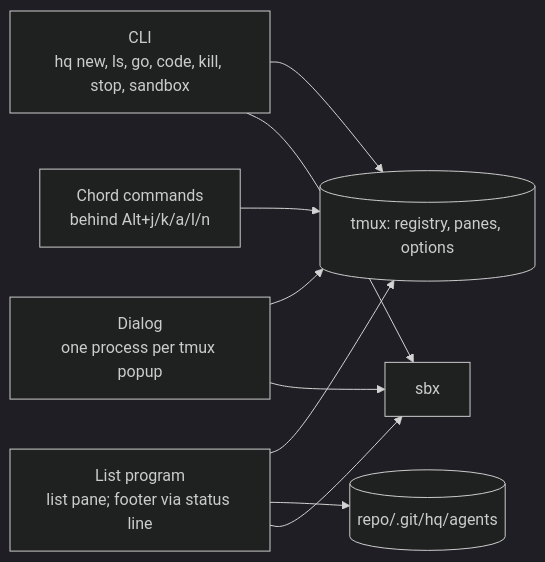
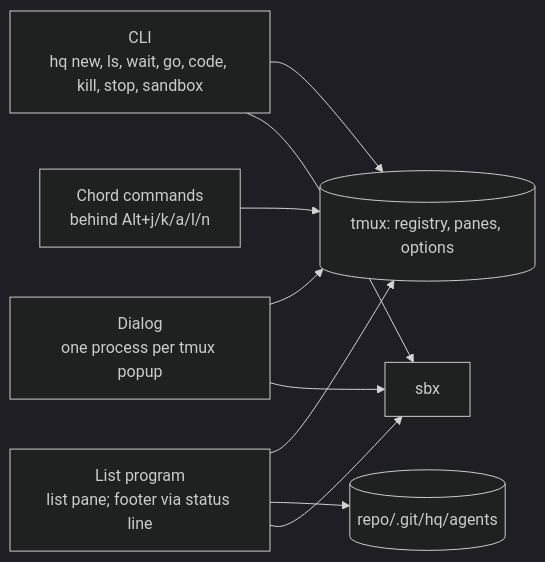
One commit to rkrysinski/hq changed the third of 4 diagrams in docs/design/hq.md. Above: the diagram before and after it, drawn with Mermaid (dark theme). The commit also changed other lines of this file and 10 other files, not shown here.

````diff
--- a/docs/design/hq.md
+++ b/docs/design/hq.md
@@ -148,14 +149,14 @@
 ```mermaid
 flowchart LR
-    CLI["CLI<br/>hq new, ls, go, code, kill, stop, sandbox"]
+    CLI["CLI<br/>hq new, ls, wait, go, code, kill, stop, sandbox"]
     LIST["List program<br/>list pane; footer via status line"]
     DLG["Dialog<br/>one process per tmux popup"]
     CH["Chord commands<br/>behind Alt+j/k/a/l/n"]
     TM[("tmux: registry, panes, options")]
     ST[("repo/.git/hq/agents")]
     SBX["sbx"]
     CLI --> TM & SBX
     LIST --> TM & ST & SBX
     DLG --> TM & SBX
     CH --> TM
 ```
````
